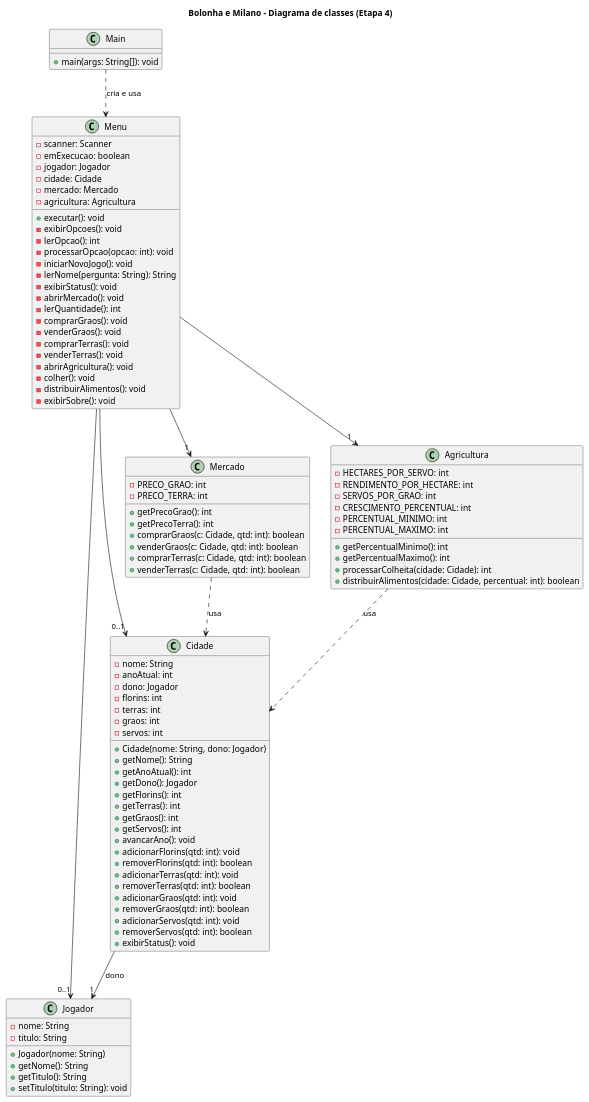
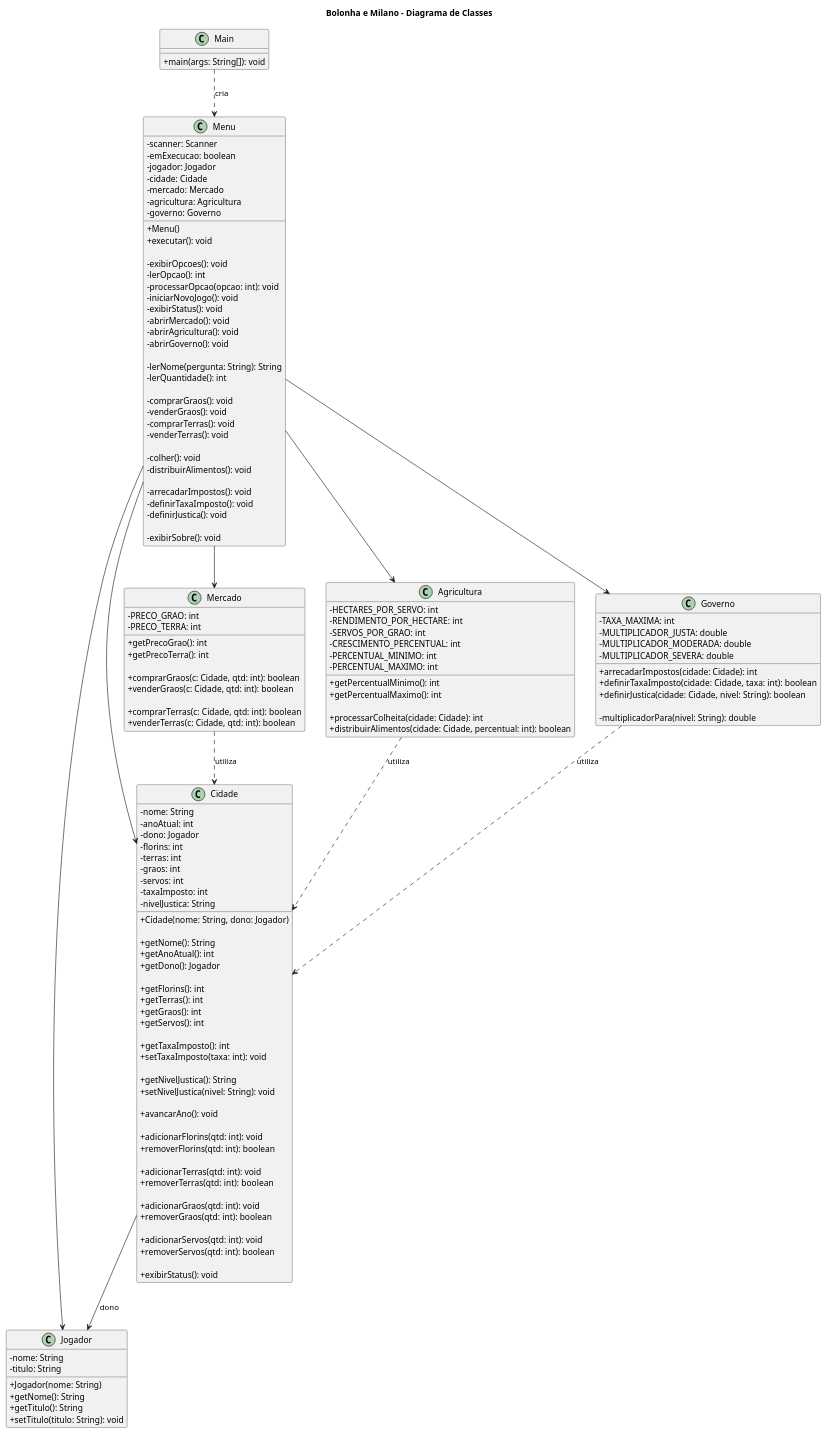
One commit to GabrieldasGracas/bolognaemilano changed the diagram in diagrama-classes.puml. Above: the diagram before and after it, drawn with PlantUML. The commit also changed other lines of this file and 3 other files, not shown here.

```diff
--- a/diagrama-classes.puml
+++ b/diagrama-classes.puml
@@ -1,103 +2,159 @@
 @startuml
-title Bolonha e Milano - Diagrama de classes (Etapa 4)
+title Bolonha e Milano - Diagrama de Classes
+
+skinparam classAttributeIconSize 0
 
 class Main {
-  + main(args: String[]): void
+    +main(args: String[]): void
 }
 
 class Menu {
-  - scanner: Scanner
-  - emExecucao: boolean
-  - jogador: Jogador
-  - cidade: Cidade
-  - mercado: Mercado
-  - agricultura: Agricultura
-  + executar(): void
-  - exibirOpcoes(): void
-  - lerOpcao(): int
-  - processarOpcao(opcao: int): void
-  - iniciarNovoJogo(): void
-  - lerNome(pergunta: String): String
-  - exibirStatus(): void
-  - abrirMercado(): void
-  - lerQuantidade(): int
-  - comprarGraos(): void
-  - venderGraos(): void
-  - comprarTerras(): void
-  - venderTerras(): void
-  - abrirAgricultura(): void
-  - colher(): void
-  - distribuirAlimentos(): void
-  - exibirSobre(): void
+    -scanner: Scanner
+    -emExecucao: boolean
+    -jogador: Jogador
+    -cidade: Cidade
+    -mercado: Mercado
+    -agricultura: Agricultura
+    -governo: Governo
+
+    +Menu()
+    +executar(): void
+
+    -exibirOpcoes(): void
+    -lerOpcao(): int
+    -processarOpcao(opcao: int): void
+    -iniciarNovoJogo(): void
+    -exibirStatus(): void
+    -abrirMercado(): void
+    -abrirAgricultura(): void
+    -abrirGoverno(): void
+
+    -lerNome(pergunta: String): String
+    -lerQuantidade(): int
+
+    -comprarGraos(): void
+    -venderGraos(): void
+    -comprarTerras(): void
+    -venderTerras(): void
+
+    -colher(): void
+    -distribuirAlimentos(): void
+
+    -arrecadarImpostos(): void
+    -definirTaxaImposto(): void
+    -definirJustica(): void
+
+    -exibirSobre(): void
 }
 
 class Jogador {
-  - nome: String
-  - titulo: String
-  + Jogador(nome: String)
-  + getNome(): String
-  + getTitulo(): String
-  + setTitulo(titulo: String): void
+    -nome: String
+    -titulo: String
+
+    +Jogador(nome: String)
+    +getNome(): String
+    +getTitulo(): String
+    +setTitulo(titulo: String): void
 }
 
 class Cidade {
-  - nome: String
-  - anoAtual: int
-  - dono: Jogador
-  - florins: int
-  - terras: int
-  - graos: int
-  - servos: int
-  + Cidade(nome: String, dono: Jogador)
-  + getNome(): String
-  + getAnoAtual(): int
-  + getDono(): Jogador
-  + getFlorins(): int
-  + getTerras(): int
-  + getGraos(): int
-  + getServos(): int
-  + avancarAno(): void
-  + adicionarFlorins(qtd: int): void
-  + removerFlorins(qtd: int): boolean
-  + adicionarTerras(qtd: int): void
-  + removerTerras(qtd: int): boolean
-  + adicionarGraos(qtd: int): void
-  + removerGraos(qtd: int): boolean
-  + adicionarServos(qtd: int): void
-  + removerServos(qtd: int): boolean
-  + exibirStatus(): void
+    -nome: String
+    -anoAtual: int
+    -dono: Jogador
+    -florins: int
+    -terras: int
+    -graos: int
+    -servos: int
+    -taxaImposto: int
+    -nivelJustica: String
+
+    +Cidade(nome: String, dono: Jogador)
+
+    +getNome(): String
+    +getAnoAtual(): int
+    +getDono(): Jogador
+
+    +getFlorins(): int
+    +getTerras(): int
+    +getGraos(): int
+    +getServos(): int
+
+    +getTaxaImposto(): int
+    +setTaxaImposto(taxa: int): void
+
+    +getNivelJustica(): String
+    +setNivelJustica(nivel: String): void
+
+    +avancarAno(): void
+
+    +adicionarFlorins(qtd: int): void
+    +removerFlorins(qtd: int): boolean
+
+    +adicionarTerras(qtd: int): void
+    +removerTerras(qtd: int): boolean
+
+    +adicionarGraos(qtd: int): void
+    +removerGraos(qtd: int): boolean
+
+    +adicionarServos(qtd: int): void
+    +removerServos(qtd: int): boolean
+
+    +exibirStatus(): void
 }
 
 class Mercado {
-  - PRECO_GRAO: int
-  - PRECO_TERRA: int
-  + getPrecoGrao(): int
-  + getPrecoTerra(): int
-  + comprarGraos(c: Cidade, qtd: int): boolean
-  + venderGraos(c: Cidade, qtd: int): boolean
-  + comprarTerras(c: Cidade, qtd: int): boolean
-  + venderTerras(c: Cidade, qtd: int): boolean
+    -PRECO_GRAO: int
+    -PRECO_TERRA: int
+
+    +getPrecoGrao(): int
+    +getPrecoTerra(): int
+
+    +comprarGraos(c: Cidade, qtd: int): boolean
+    +venderGraos(c: Cidade, qtd: int): boolean
+
+    +comprarTerras(c: Cidade, qtd: int): boolean
+    +venderTerras(c: Cidade, qtd: int): boolean
 }
 
 class Agricultura {
-  - HECTARES_POR_SERVO: int
-  - RENDIMENTO_POR_HECTARE: int
-  - SERVOS_POR_GRAO: int
-  - CRESCIMENTO_PERCENTUAL: int
-  - PERCENTUAL_MINIMO: int
-  - PERCENTUAL_MAXIMO: int
-  + getPercentualMinimo(): int
-  + getPercentualMaximo(): int
-  + processarColheita(cidade: Cidade): int
-  + distribuirAlimentos(cidade: Cidade, percentual: int): boolean
+    -HECTARES_POR_SERVO: int
+    -RENDIMENTO_POR_HECTARE: int
+    -SERVOS_POR_GRAO: int
+    -CRESCIMENTO_PERCENTUAL: int
+    -PERCENTUAL_MINIMO: int
+    -PERCENTUAL_MAXIMO: int
+
+    +getPercentualMinimo(): int
+    +getPercentualMaximo(): int
+
+    +processarColheita(cidade: Cidade): int
+    +distribuirAlimentos(cidade: Cidade, percentual: int): boolean
 }
 
-Main ..> Menu : cria e usa
-Menu --> "0..1" Jogador
-Menu --> "0..1" Cidade
-Menu --> "1" Mercado
-Menu --> "1" Agricultura
-Cidade --> "1" Jogador : dono
-Mercado ..> Cidade : usa
-Agricultura ..> Cidade : usa
+class Governo {
+    -TAXA_MAXIMA: int
+    -MULTIPLICADOR_JUSTA: double
+    -MULTIPLICADOR_MODERADA: double
+    -MULTIPLICADOR_SEVERA: double
+
+    +arrecadarImpostos(cidade: Cidade): int
+    +definirTaxaImposto(cidade: Cidade, taxa: int): boolean
+    +definirJustica(cidade: Cidade, nivel: String): boolean
+
+    -multiplicadorPara(nivel: String): double
+}
+
+Main ..> Menu : cria
+Menu --> Jogador
+Menu --> Cidade
+Menu --> Mercado
+Menu --> Agricultura
+Menu --> Governo
+
+Cidade --> Jogador : dono
+
+Mercado ..> Cidade : utiliza
+Agricultura ..> Cidade : utiliza
+Governo ..> Cidade : utiliza
+
 @enduml
```
